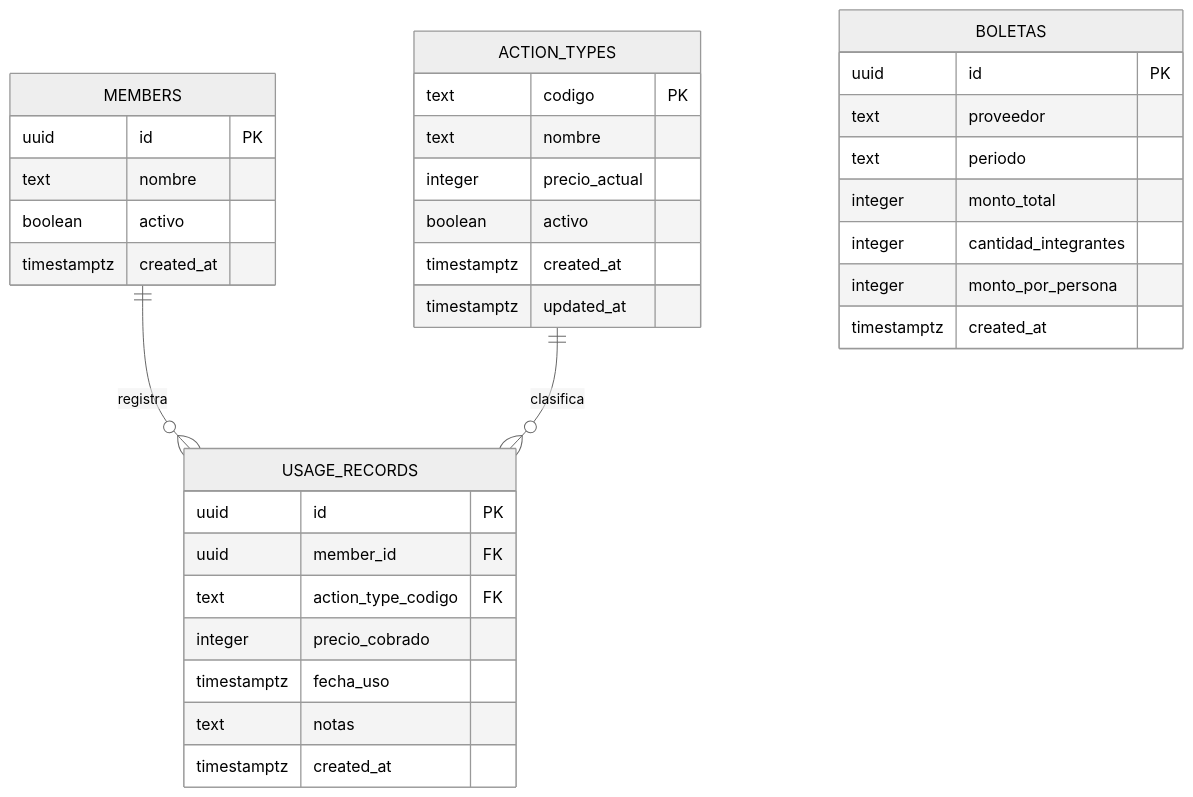
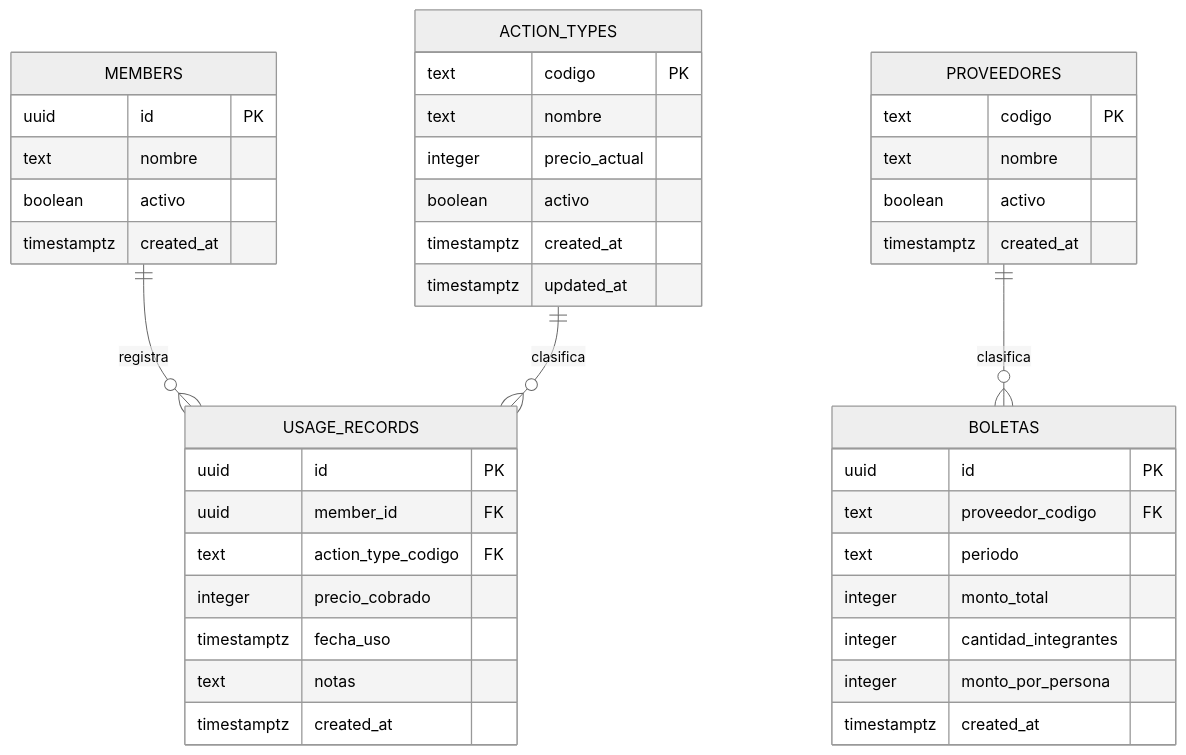
One commit to mariapazGomez/smartRomies changed the diagram in vault/02-Modelo-de-Datos/00-Overview.md. Above: the diagram before and after it, drawn with Mermaid (neutral theme). The commit also changed other lines of this file and 11 other files, not shown here.

First line of the commit message:
Turn boletas.proveedor into a catalog (selector) instead of free text

````diff
--- a/vault/02-Modelo-de-Datos/00-Overview.md
+++ b/vault/02-Modelo-de-Datos/00-Overview.md
@@ -7,41 +7,49 @@
 ```mermaid
 erDiagram
     MEMBERS ||--o{ USAGE_RECORDS : "registra"
     ACTION_TYPES ||--o{ USAGE_RECORDS : "clasifica"
+    PROVEEDORES ||--o{ BOLETAS : "clasifica"
 
     MEMBERS {
         uuid id PK
         text nombre
         boolean activo
         timestamptz created_at
     }
 
     ACTION_TYPES {
         text codigo PK
         text nombre
         integer precio_actual
         boolean activo
         timestamptz created_at
         timestamptz updated_at
     }
 
     USAGE_RECORDS {
         uuid id PK
         uuid member_id FK
         text action_type_codigo FK
         integer precio_cobrado
         timestamptz fecha_uso
         text notas
         timestamptz created_at
     }
 
+    PROVEEDORES {
+        text codigo PK
+        text nombre
+        boolean activo
+        timestamptz created_at
+    }
+
     BOLETAS {
         uuid id PK
-        text proveedor
+        text proveedor_codigo FK
         text periodo
         integer monto_total
         integer cantidad_integrantes
         integer monto_por_persona
         timestamptz created_at
     }
 ```
````
